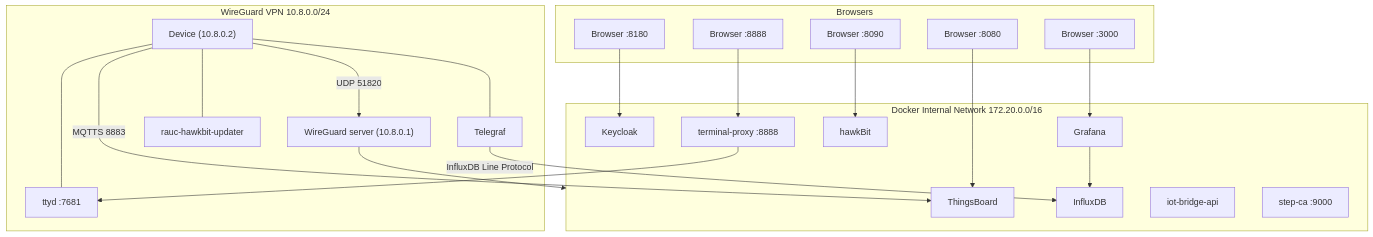
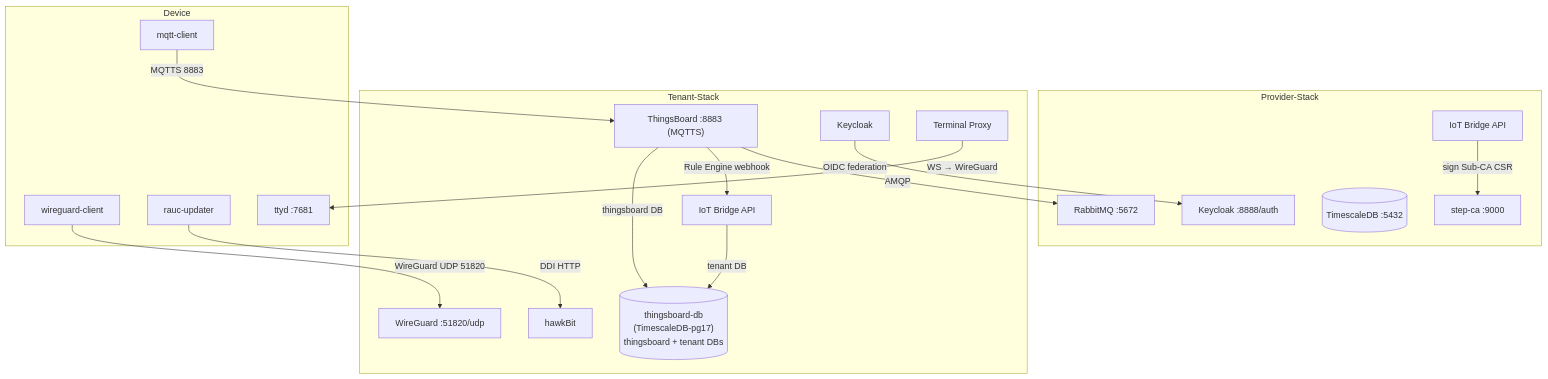
The fifth of 5 diagrams in docs/architecture/data-flow.md (the78mole/complete-device-management), drawn with Mermaid before and after one commit. The commit also changed other lines of this file and 237 other files, not shown here.

````diff
--- a/docs/architecture/data-flow.md
+++ b/docs/architecture/data-flow.md
@@ -115,47 +150,38 @@
 ```mermaid
 graph TB
-    subgraph browsers[Browsers]
-        B1["Browser :8080"]
-        B2["Browser :8180"]
-        B3["Browser :3000"]
-        B4["Browser :8090"]
-        B5["Browser :8888"]
+    subgraph provider["Provider-Stack"]
+        RMQ_P["RabbitMQ :5672"]
+        KC_P["Keycloak :8888/auth"]
+        IDB_P[(TimescaleDB :5432)]
+        SCA_P["step-ca :9000"]
+        IBA_P["IoT Bridge API"]
     end
 
-    subgraph docker["Docker Internal Network 172.20.0.0/16"]
-        TB[ThingsBoard]
-        KC[Keycloak]
-        GRF[Grafana]
-        IDB[InfluxDB]
-        HB[hawkBit]
-        IBA[iot-bridge-api]
-        TXP["terminal-proxy :8888"]
-        SCA["step-ca :9000"]
-
-        GRF --> IDB
+    subgraph tenant["Tenant-Stack"]
+        TB_T["ThingsBoard :8883 (MQTTS)"]
+        TB_DB[("thingsboard-db\n(TimescaleDB-pg17)\nthingsboard + tenant DBs")]
+        HB_T["hawkBit"]
+        KC_T["Keycloak"]
+        WGS["WireGuard :51820/udp"]
+        TXP["Terminal Proxy"]
+        IBA_T["IoT Bridge API"]
+        TB_T -->|thingsboard DB| TB_DB
+        TB_T -->|Rule Engine webhook| IBA_T
+        IBA_T -->|tenant DB| TB_DB
     end
 
-    subgraph wg["WireGuard VPN 10.8.0.0/24"]
-        WGS["WireGuard server (10.8.0.1)"]
-        DEV["Device (10.8.0.2)"]
-        TLG[Telegraf]
+    subgraph device["Device"]
+        MQC[mqtt-client]
+        WGC[wireguard-client]
+        UPD[rauc-updater]
         TTD["ttyd :7681"]
-        UPD[rauc-hawkbit-updater]
-
-        DEV --- TLG
-        DEV --- TTD
-        DEV --- UPD
     end
 
-    B1 --> TB
-    B2 --> KC
-    B3 --> GRF
-    B4 --> HB
-    B5 --> TXP
-
-    TLG -->|InfluxDB Line Protocol| IDB
-    DEV -->|"UDP 51820"| WGS
-    DEV -->|"MQTTS 8883"| TB
-    WGS --> docker
-    TXP --> TTD
+    MQC -->|MQTTS 8883| TB_T
+    WGC -->|WireGuard UDP 51820| WGS
+    UPD -->|DDI HTTP| HB_T
+    TB_T -->|AMQP| RMQ_P
+    KC_T -->|OIDC federation| KC_P
+    TXP -->|WS → WireGuard| TTD
+    IBA_P -->|sign Sub-CA CSR| SCA_P
 ```
````
